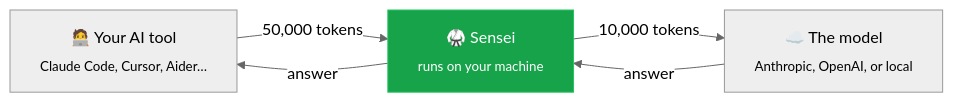
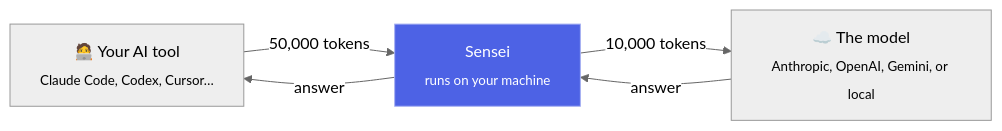
Before and after one commit to SenseiIssei/Sensei: the first of 3 diagrams in README.md, drawn with Mermaid (neutral theme). The commit also changed other lines of this file and 14 other files, not shown here.

First line of the commit message:
docs: English README for 0.2, changelog, honest install paths, roadmap

````diff
--- a/README.md
+++ b/README.md
@@ -30,13 +34,13 @@
 ```mermaid
 flowchart LR
-    A["🧑‍💻 Your AI tool<br/><sub>Claude Code, Cursor, Aider…</sub>"]
-    B["🥋 Sensei<br/><sub>runs on your machine</sub>"]
-    C["☁️ The model<br/><sub>Anthropic, OpenAI, or local</sub>"]
+    A["🧑‍💻 Your AI tool<br/><sub>Claude Code, Codex, Cursor…</sub>"]
+    B["Sensei<br/><sub>runs on your machine</sub>"]
+    C["☁️ The model<br/><sub>Anthropic, OpenAI, Gemini, or local</sub>"]
 
     A -- "50,000 tokens" --> B
     B -- "10,000 tokens" --> C
     C -- "answer" --> B
     B -- "answer" --> A
 
-    style B fill:#16a34a,stroke:#22c55e,color:#fff
+    style B fill:#4d62e5,stroke:#a6b0f2,color:#fff
 ```
````
